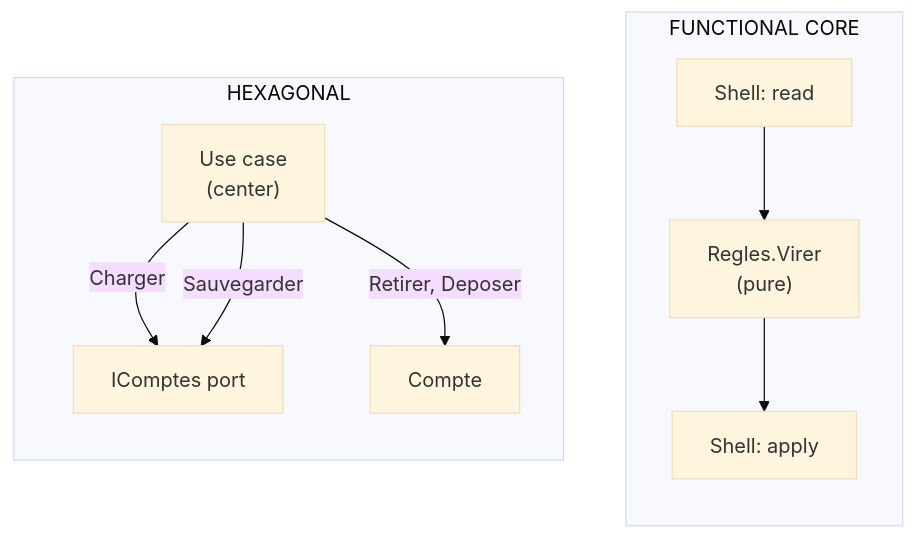
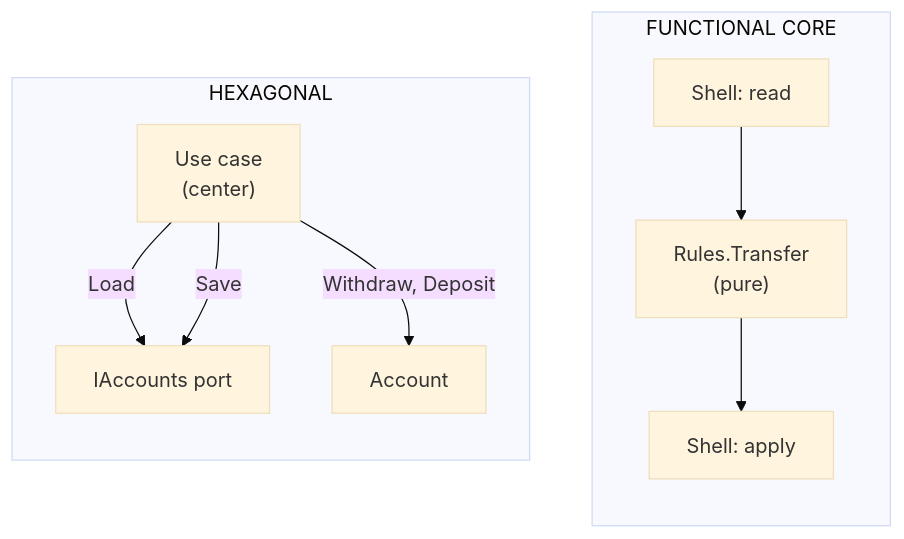
The diagram in Docs/en/differences/05-hexagonale-vs-coeur-fonctionnel.md (drangoht/ArchitecturesDemo), drawn with Mermaid (base theme) before and after one commit. The commit also changed other lines of this file and 78 other files, not shown here.

First line of the commit message:
Docs EN : identifiants, liens, diagrammes et sorties alignés sur le code anglais

````diff
--- a/Docs/en/differences/05-hexagonale-vs-coeur-fonctionnel.md
+++ b/Docs/en/differences/05-hexagonale-vs-coeur-fonctionnel.md
@@ -32,14 +32,14 @@
 ```mermaid
 flowchart LR
     subgraph H["HEXAGONAL"]
         direction TB
-        CU["Use case<br/>(center)"] -->|"Charger"| P["IComptes port"]
-        CU -->|"Retirer, Deposer"| E["Compte"]
-        CU -->|"Sauvegarder"| P
+        CU["Use case<br/>(center)"] -->|"Load"| P["IAccounts port"]
+        CU -->|"Withdraw, Deposit"| E["Account"]
+        CU -->|"Save"| P
     end
     subgraph F["FUNCTIONAL CORE"]
         direction TB
-        L["Shell: read"] --> R["Regles.Virer<br/>(pure)"] --> A["Shell: apply"]
+        L["Shell: read"] --> R["Rules.Transfer<br/>(pure)"] --> A["Shell: apply"]
     end
     H ~~~ F
 ```
````
